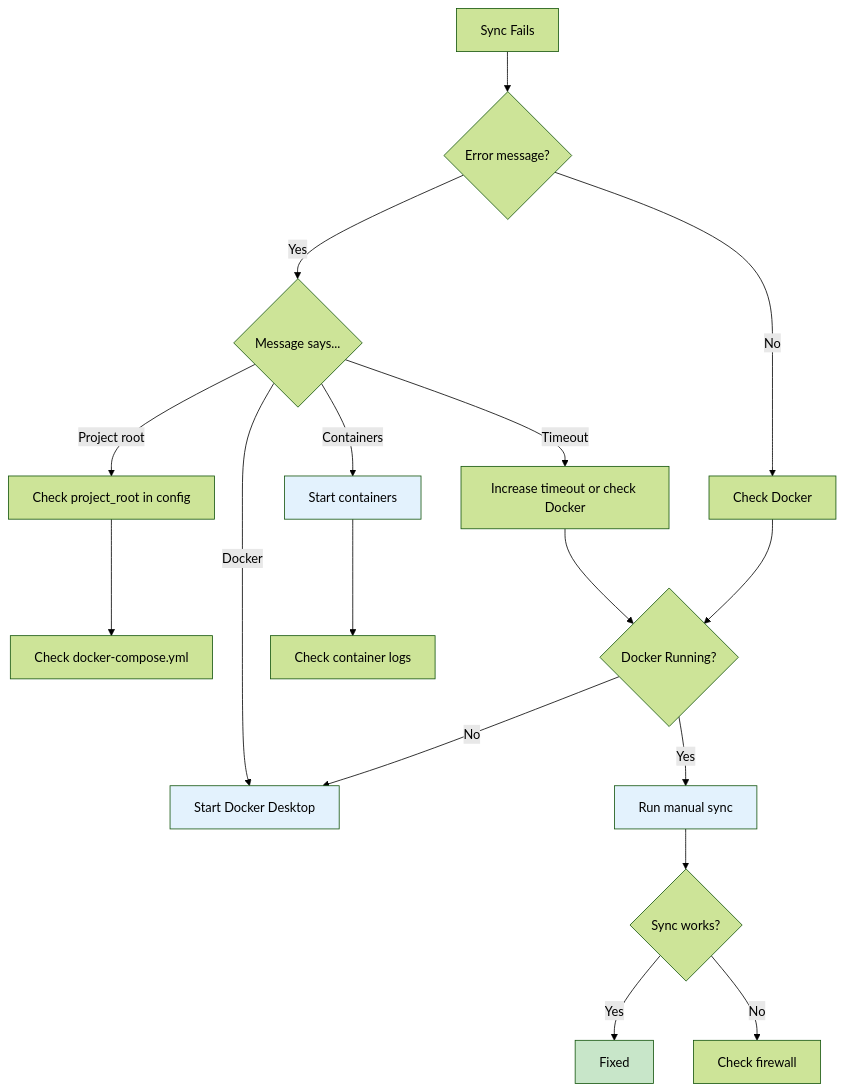
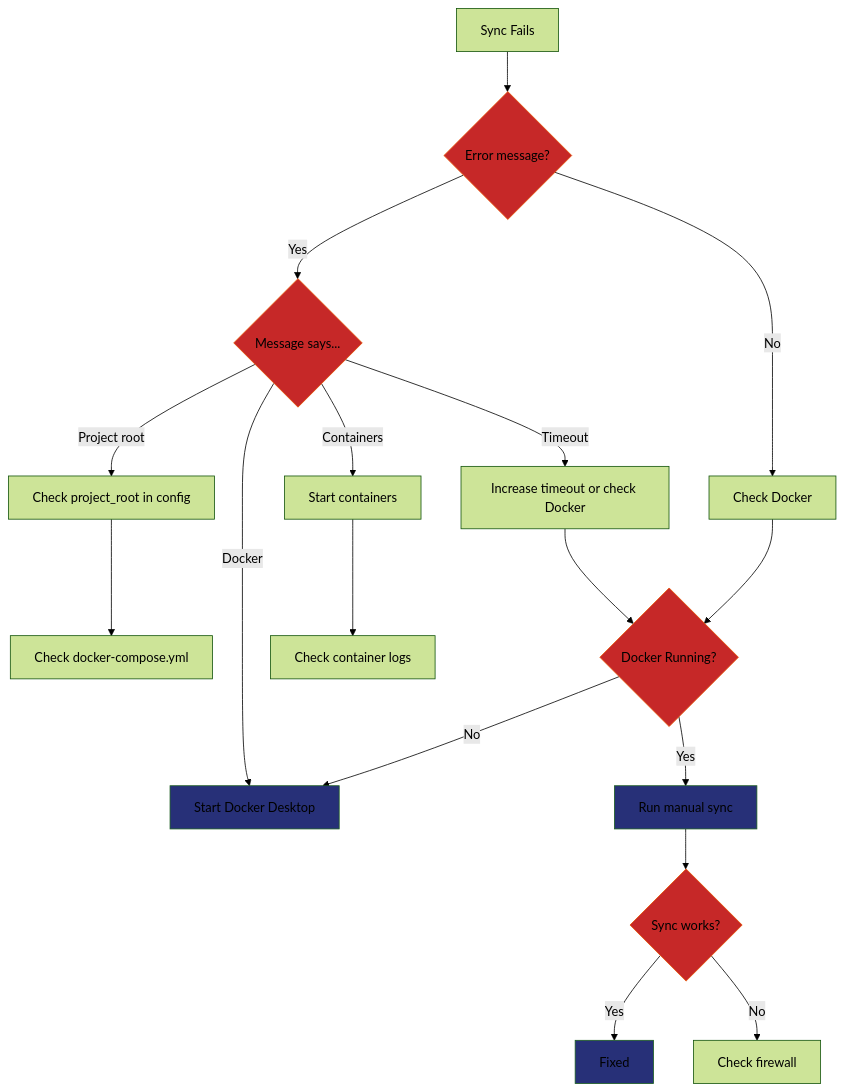
One commit to Amp-Manager/docs changed the fourth of 6 diagrams in troubleshooting.md. Above: the diagram before and after it, drawn with Mermaid (forest theme). The commit also changed other lines of this file and 7 other files, not shown here.

````diff
--- a/troubleshooting.md
+++ b/troubleshooting.md
@@ -95,29 +107,32 @@
 ```mermaid
 flowchart TD
     A[Sync Fails] --> B{Error message?}
     
     B -->|Yes| C{Message says...}
     B -->|No| D[Check Docker]
     
     C -->|"Project root"| E[Check project_root in config]
     C -->|"Docker"| F[Start Docker Desktop]
     C -->|"Containers"| G[Start containers]
     C -->|"Timeout"| H[Increase timeout or check Docker]
     
     D --> I{Docker Running?}
     I -->|No| F
     I -->|Yes| J[Run manual sync]
     
     E --> K[Check docker-compose.yml]
     G --> L[Check container logs]
     H --> I
     
     J --> M{Sync works?}
     M -->|Yes| N[Fixed]
     M -->|No| O[Check firewall]
     
-    style F fill:#e3f2fd
-    style G fill:#e3f2fd
-    style J fill:#e3f2fd
-    style N fill:#c8e6c9
+    style B fill:#c62828,stroke:#e65100
+    style C fill:#c62828,stroke:#e65100
+    style F fill:#273078,stroke:#1b5e20
+    style I fill:#c62828,stroke:#e65100
+    style J fill:#273078,stroke:#1b5e20
+    style M fill:#c62828,stroke:#e65100
+    style N fill:#273078,stroke:#1b5e20
 ```
````
